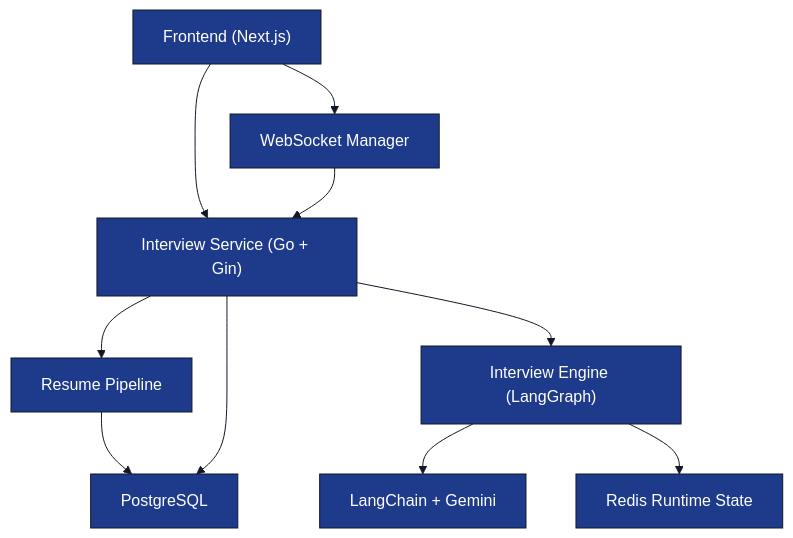
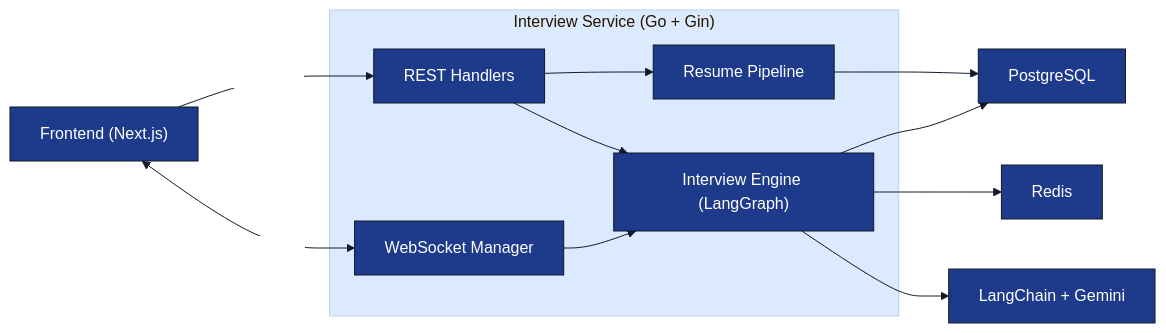
Before and after one commit to Veeru123456778/ai-interview-service: the first of 4 diagrams in docs/tech-spec/02_architecture.md, drawn with Mermaid. The commit also changed other lines of this file, not shown here.

Commit message:
fixes the architecture of the agent

````diff
--- a/docs/tech-spec/02_architecture.md
+++ b/docs/tech-spec/02_architecture.md
@@ -32,50 +32,53 @@
 ```mermaid
 %%{init:{
   "theme":"base",
   "themeVariables":{
     "background":"#FFFFFF",
     "primaryColor":"#1E3A8A",
     "primaryTextColor":"#FFFFFF",
     "primaryBorderColor":"#111827",
     "secondaryColor":"#2563EB",
     "secondaryTextColor":"#FFFFFF",
     "tertiaryColor":"#DBEAFE",
     "lineColor":"#111827",
     "edgeLabelBackground":"#FFFFFF",
     "fontFamily":"Inter"
   }
 }}%%
 
-flowchart TD
+flowchart LR
 
-    USER["Frontend (Next.js)"]
+    FRONTEND["Frontend (Next.js)"]
 
-    WS["WebSocket Manager"]
+    subgraph SERVICE["Interview Service (Go + Gin)"]
 
-    API["Interview Service (Go + Gin)"]
+        REST["REST Handlers"]
 
-    RESUME["Resume Pipeline"]
+        WS["WebSocket Manager"]
 
-    ENGINE["Interview Engine (LangGraph)"]
+        RESUME["Resume Pipeline"]
+
+        ENGINE["Interview Engine (LangGraph)"]
+
+    end
 
     LLM["LangChain + Gemini"]
 
     PG["PostgreSQL"]
 
-    REDIS["Redis Runtime State"]
+    REDIS["Redis"]
 
-    USER --> API
-    USER --> WS
+    FRONTEND -->|"REST APIs"| REST
+    FRONTEND <-->|"WebSocket"| WS
 
-    WS --> API
+    REST --> RESUME
+    REST --> ENGINE
 
-    API --> RESUME
-    API --> ENGINE
-
-    ENGINE --> LLM
+    WS --> ENGINE
 
     RESUME --> PG
-    API --> PG
 
+    ENGINE --> PG
     ENGINE --> REDIS
+    ENGINE --> LLM
 ```
````
